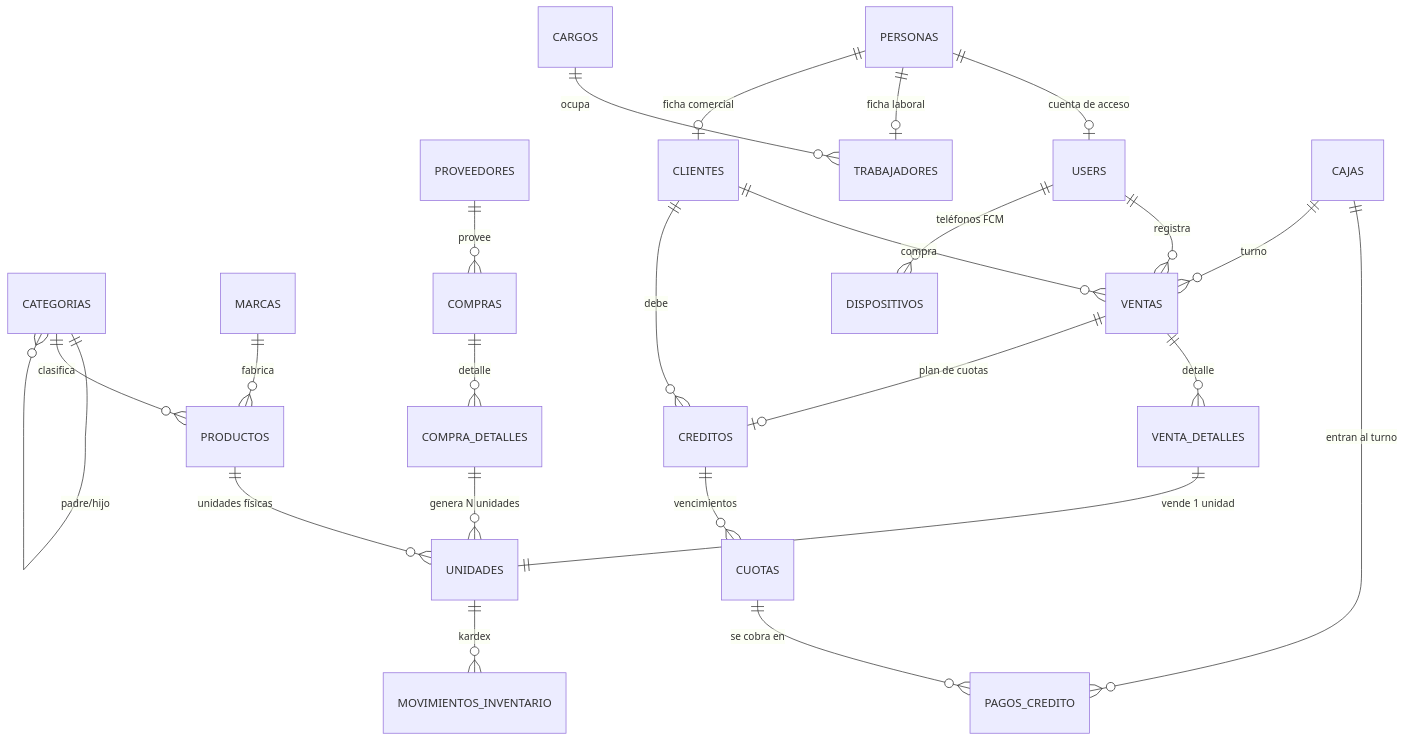
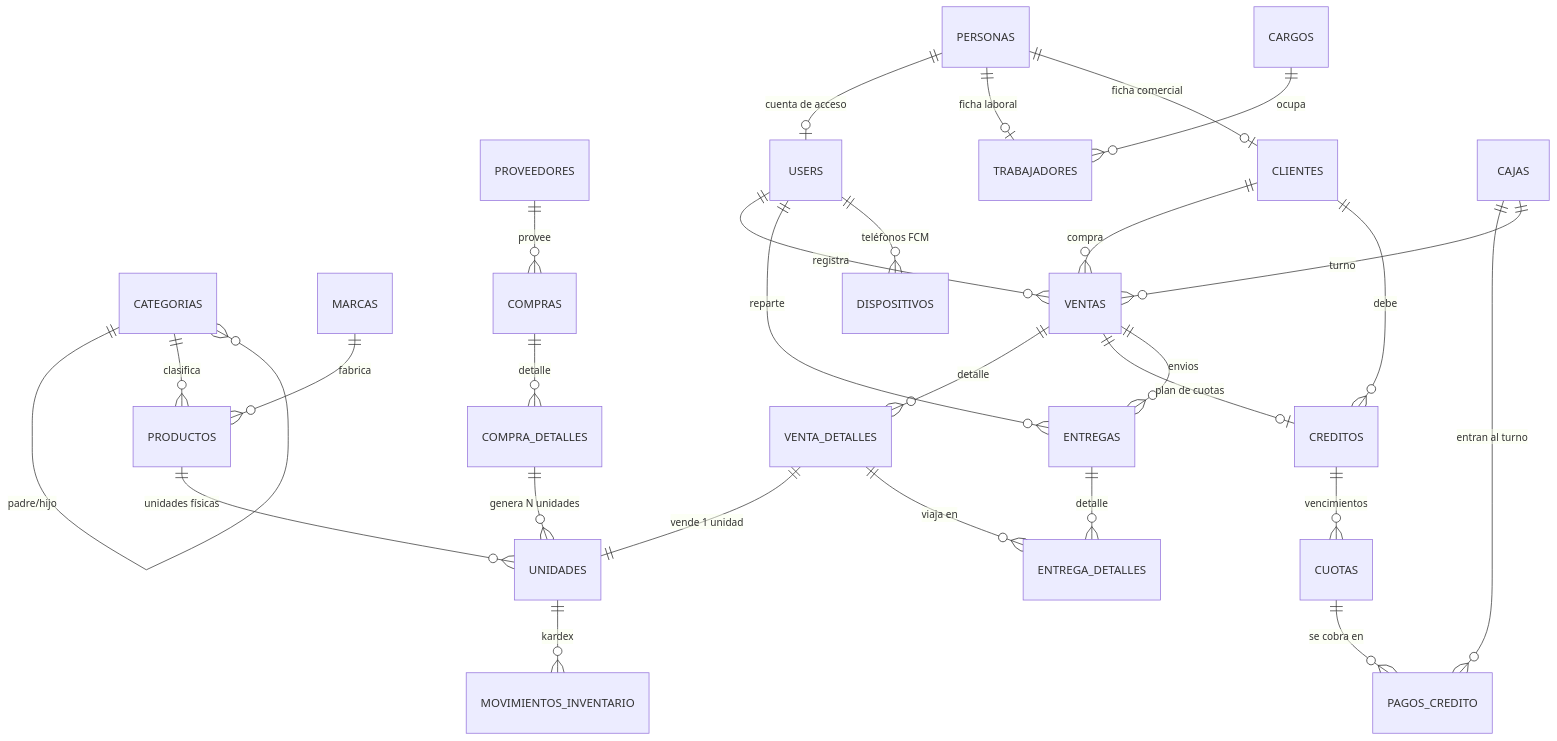
Before and after one commit to veimarivas/venta-electrodomesticos: the second of 2 diagrams in docs/PLAN.md, drawn with Mermaid. The commit also changed other lines of this file and 18 other files, not shown here.

````diff
--- a/docs/PLAN.md
+++ b/docs/PLAN.md
@@ -64,26 +64,30 @@
 ```mermaid
 erDiagram
     CATEGORIAS ||--o{ CATEGORIAS : "padre/hijo"
     CATEGORIAS ||--o{ PRODUCTOS : clasifica
     MARCAS     ||--o{ PRODUCTOS : fabrica
     PRODUCTOS  ||--o{ UNIDADES : "unidades físicas"
     PROVEEDORES ||--o{ COMPRAS : provee
     COMPRAS    ||--o{ COMPRA_DETALLES : detalle
     COMPRA_DETALLES ||--o{ UNIDADES : "genera N unidades"
     PERSONAS   ||--o| USERS : "cuenta de acceso"
     PERSONAS   ||--o| TRABAJADORES : "ficha laboral"
     PERSONAS   ||--o| CLIENTES : "ficha comercial"
     CARGOS     ||--o{ TRABAJADORES : ocupa
     VENTAS     ||--o{ VENTA_DETALLES : detalle
     VENTA_DETALLES ||--|| UNIDADES : "vende 1 unidad"
     CLIENTES   ||--o{ VENTAS : compra
     USERS      ||--o{ VENTAS : registra
     VENTAS     ||--o| CREDITOS : "plan de cuotas"
     CLIENTES   ||--o{ CREDITOS : debe
     CREDITOS   ||--o{ CUOTAS : "vencimientos"
+    VENTAS     ||--o{ ENTREGAS : "envios"
+    ENTREGAS   ||--o{ ENTREGA_DETALLES : detalle
+    VENTA_DETALLES ||--o{ ENTREGA_DETALLES : "viaja en"
+    USERS      ||--o{ ENTREGAS : reparte
     CUOTAS     ||--o{ PAGOS_CREDITO : "se cobra en"
     CAJAS      ||--o{ PAGOS_CREDITO : "entran al turno"
     CAJAS      ||--o{ VENTAS : "turno"
     UNIDADES   ||--o{ MOVIMIENTOS_INVENTARIO : kardex
     USERS      ||--o{ DISPOSITIVOS : "teléfonos FCM"
 ```
````
